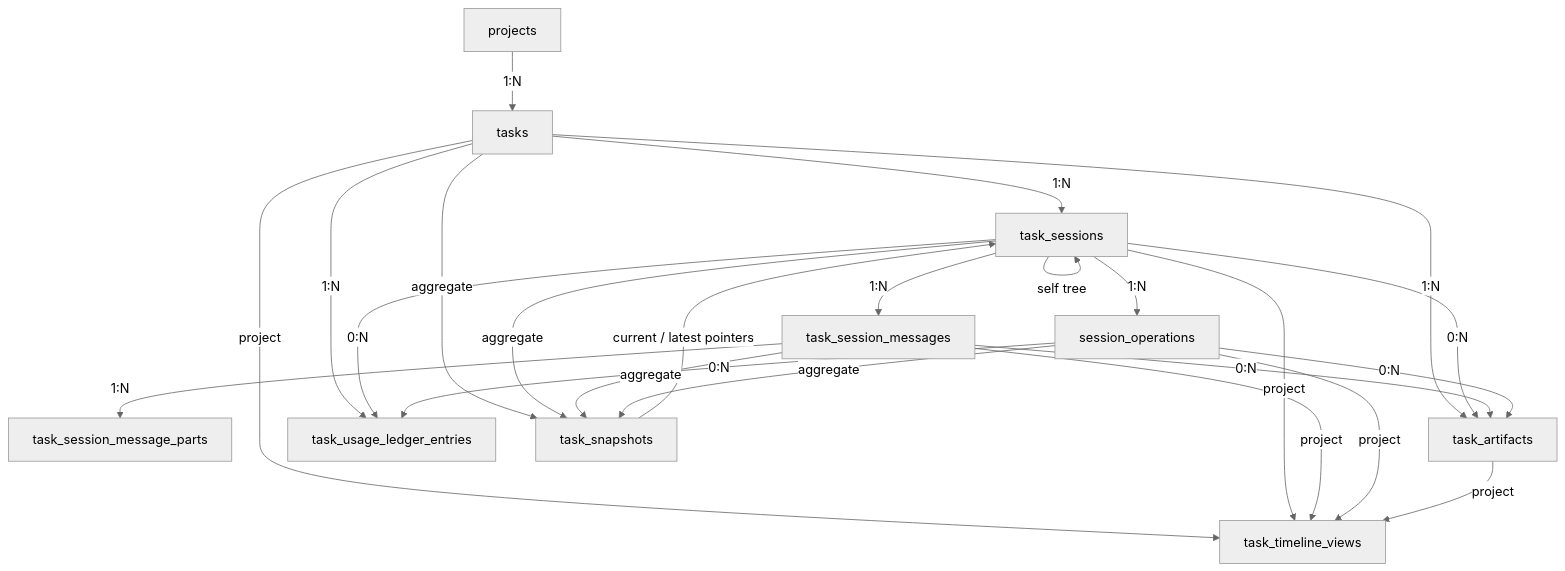
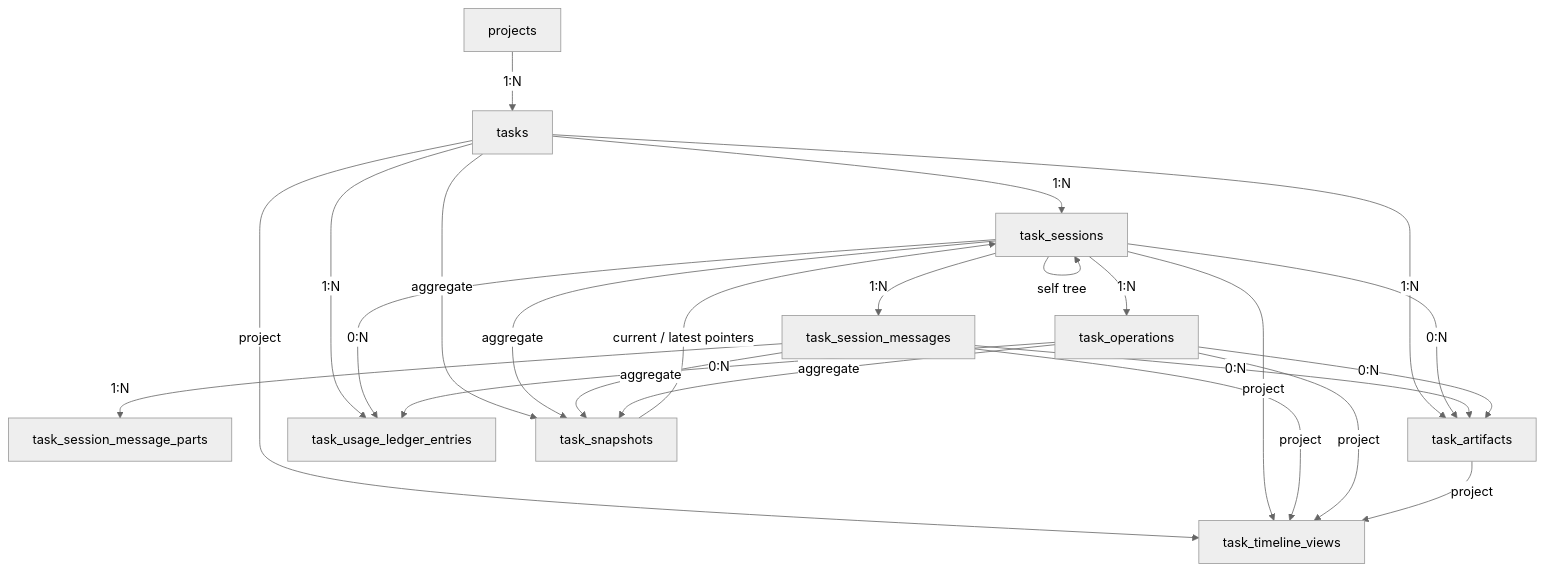
Before and after one commit to openerserver/openerx: the first of 2 diagrams in docs/task-session-first-schema-plan.md, drawn with Mermaid (neutral theme). The commit also changed other lines of this file and 943 other files, not shown here.

````diff
--- a/docs/task-session-first-schema-plan.md
+++ b/docs/task-session-first-schema-plan.md
@@ -99,37 +103,37 @@
 ```mermaid
 flowchart TD
   PR[projects]
   T[tasks]
   S[task_sessions]
   M[task_session_messages]
   MP[task_session_message_parts]
-  O[session_operations]
+  O[task_operations]
   A[task_artifacts]
   U[task_usage_ledger_entries]
   P[task_snapshots]
   TL[task_timeline_views]
 
   PR -->|1:N| T
   T -->|1:N| S
   S -->|1:N| M
   M -->|1:N| MP
   S -->|1:N| O
   T -->|1:N| A
   S -->|0:N| A
   M -->|0:N| A
   O -->|0:N| A
   T -->|1:N| U
   S -->|0:N| U
   O -->|0:N| U
   T -->|aggregate| P
   S -->|aggregate| P
   M -->|aggregate| P
   O -->|aggregate| P
   T -->|project| TL
   S -->|project| TL
   M -->|project| TL
   O -->|project| TL
   A -->|project| TL
   S -->|self tree| S
   P -->|current / latest pointers| S
 ```
````
